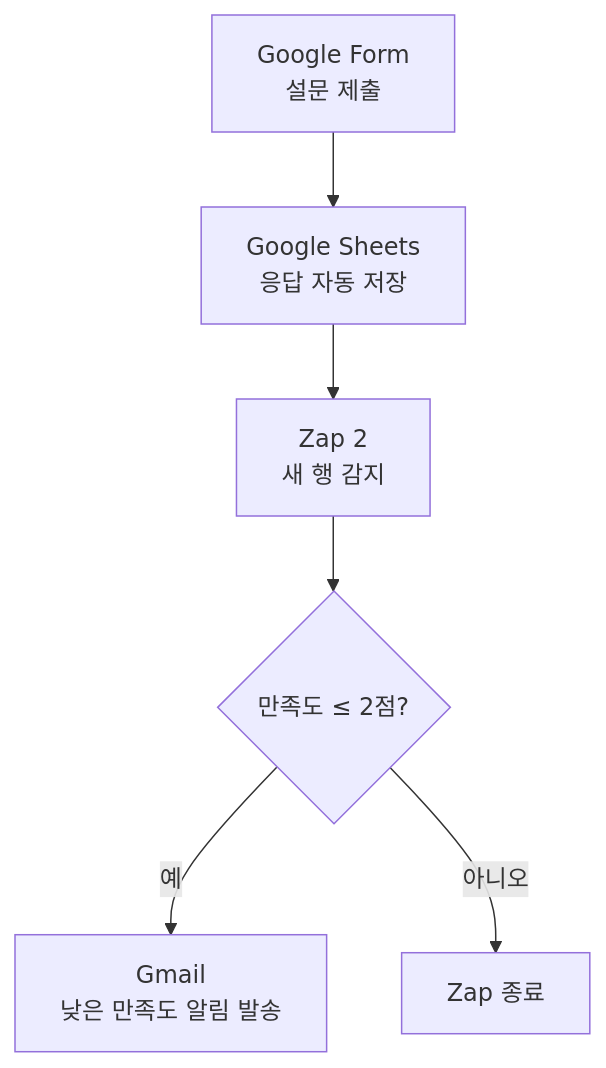
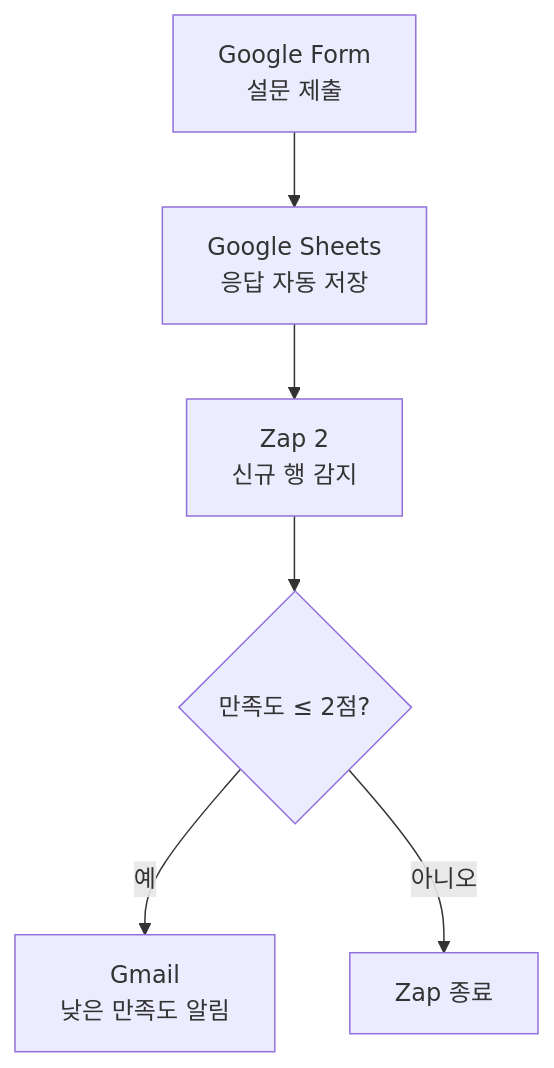
The third of 3 diagrams in project-03/README.md (jjjoy1114/codyssey_ai_native), drawn with Mermaid before and after one commit. The commit also changed other lines of this file, not shown here.

````diff
--- a/project-03/README.md
+++ b/project-03/README.md
@@ -142,9 +161,8 @@
 ```mermaid
 flowchart TD
     A["Google Form<br/>설문 제출"] --> B["Google Sheets<br/>응답 자동 저장"]
-    B --> C["Zap 2<br/>새 행 감지"]
+    B --> C["Zap 2<br/>신규 행 감지"]
     C --> D{"만족도 ≤ 2점?"}
-
-    D -->|"예"| E["Gmail<br/>낮은 만족도 알림 발송"]
+    D -->|"예"| E["Gmail<br/>낮은 만족도 알림"]
     D -->|"아니오"| F["Zap 종료"]
 ```
````
